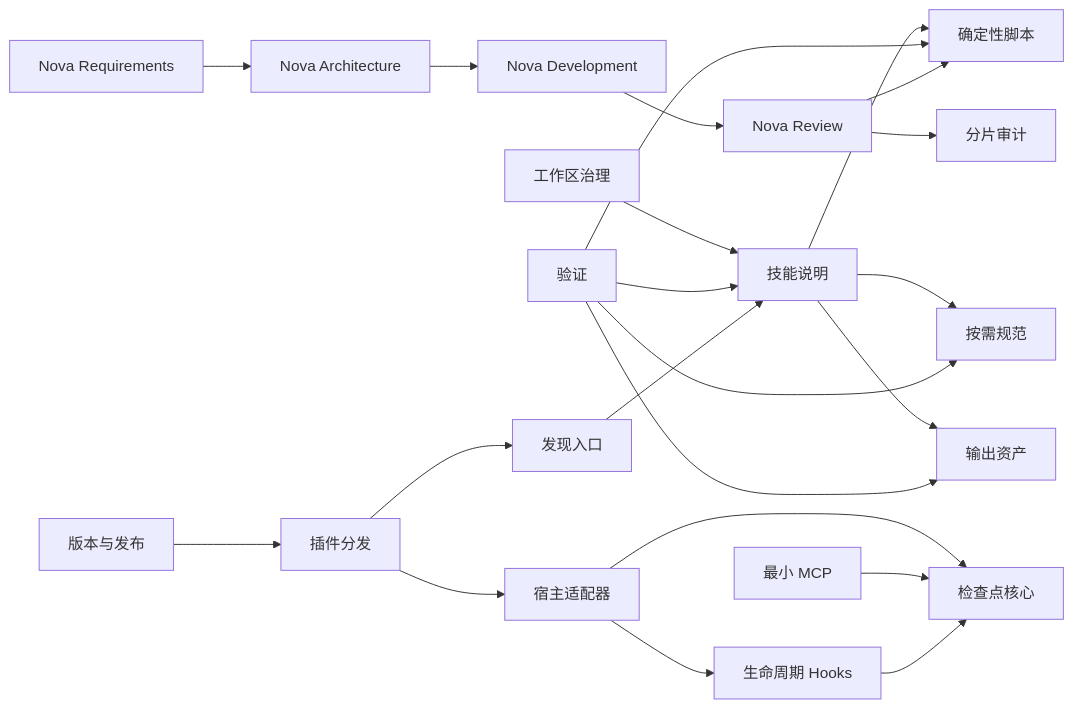
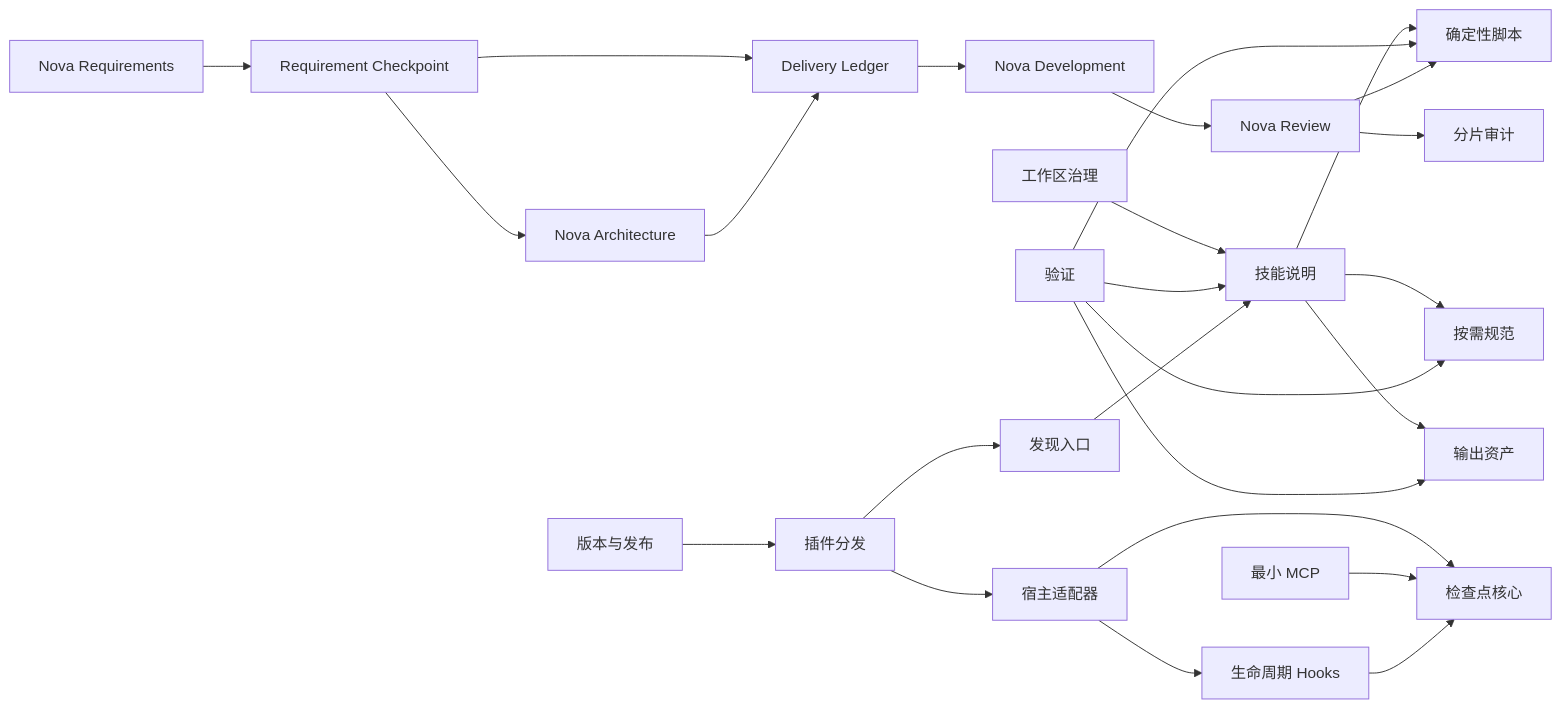
One commit to Kabulaka/nova-forge changed the diagram in .nova/PROJECT_BLUEPRINT.md. Above: the diagram before and after it, drawn with Mermaid. The commit also changed other lines of this file and 6 other files, not shown here.

First line of the commit message:
docs(architecture): 固化需求基线与完整交付台账契约

````diff
--- a/.nova/PROJECT_BLUEPRINT.md
+++ b/.nova/PROJECT_BLUEPRINT.md
@@ -92,24 +94,27 @@
 ```mermaid
 flowchart LR
-    Requirements[Nova Requirements] --> Architecture[Nova Architecture]
-    Architecture --> Development[Nova Development]
+    Requirements[Nova Requirements] --> RequirementCheckpoint[Requirement Checkpoint]
+    RequirementCheckpoint --> Architecture[Nova Architecture]
+    RequirementCheckpoint --> DeliveryPlan[Delivery Ledger]
+    Architecture --> DeliveryPlan
+    DeliveryPlan --> Development[Nova Development]
     Development --> Review[Nova Review]
     Governance[工作区治理] --> Instructions[技能说明]
     Instructions --> References[按需规范]
     Instructions --> Assets[输出资产]
     Instructions --> Scripts[确定性脚本]
     Validation[验证] --> Instructions
     Validation --> References
     Validation --> Assets
     Validation --> Scripts
     Discovery[发现入口] --> Instructions
     Plugin[插件分发] --> Discovery
     Plugin --> HostAdapters[宿主适配器]
     HostAdapters --> Hooks[生命周期 Hooks]
     HostAdapters --> StateCore[检查点核心]
     MCP[最小 MCP] --> StateCore
     Hooks --> StateCore
     Release[版本与发布] --> Plugin
     Review --> Scripts
     Review --> Audit[分片审计]
 ```
````
